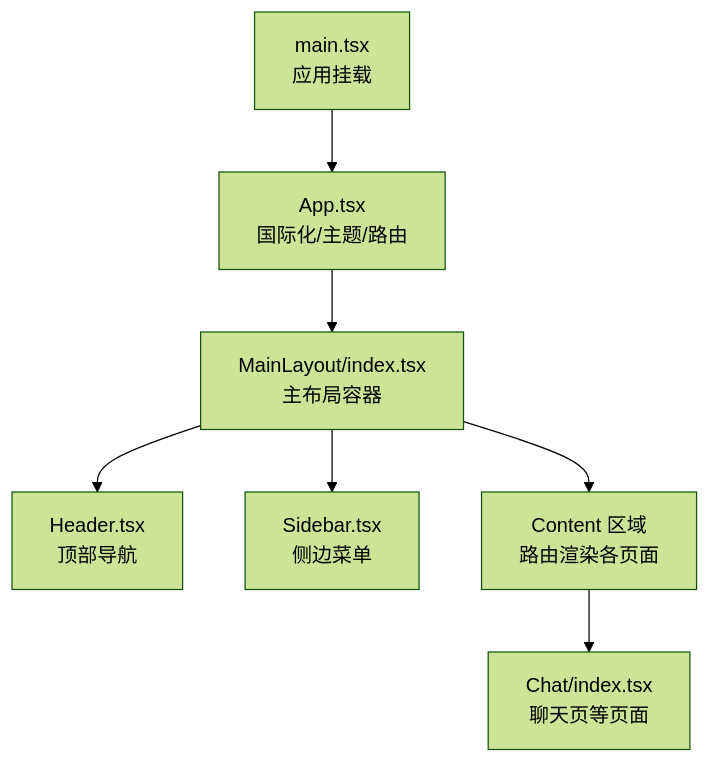
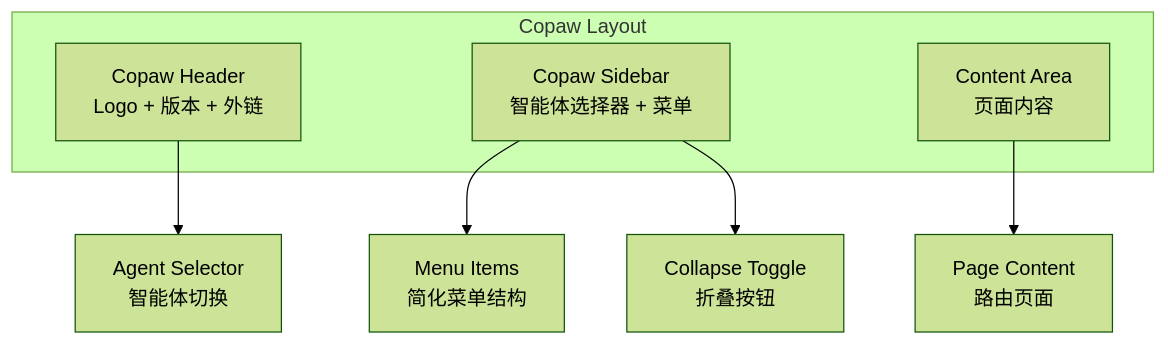
Before and after one commit to joezxh/CoPaw: the third of 6 diagrams in .qoder/repowiki/zh/content/前端控制台/布局系统.md, drawn with Mermaid (forest theme). The commit also changed other lines of this file and 20 other files, not shown here.

````diff
--- a/.qoder/repowiki/zh/content/前端控制台/布局系统.md
+++ b/.qoder/repowiki/zh/content/前端控制台/布局系统.md
@@ -41,9 +104,12 @@
 ```mermaid
 graph TB
-A["main.tsx<br/>应用挂载"] --> B["App.tsx<br/>国际化/主题/路由"]
-B --> C["MainLayout/index.tsx<br/>主布局容器"]
-C --> D["Header.tsx<br/>顶部导航"]
-C --> E["Sidebar.tsx<br/>侧边菜单"]
-C --> F["Content 区域<br/>路由渲染各页面"]
-F --> G["Chat/index.tsx<br/>聊天页等页面"]
+subgraph "Copaw Layout"
+A["Copaw Header<br/>Logo + 版本 + 外链"]
+B["Copaw Sidebar<br/>智能体选择器 + 菜单"]
+C["Content Area<br/>页面内容"]
+end
+A --> D["Agent Selector<br/>智能体切换"]
+B --> E["Menu Items<br/>简化菜单结构"]
+B --> F["Collapse Toggle<br/>折叠按钮"]
+C --> G["Page Content<br/>路由页面"]
 ```
````
